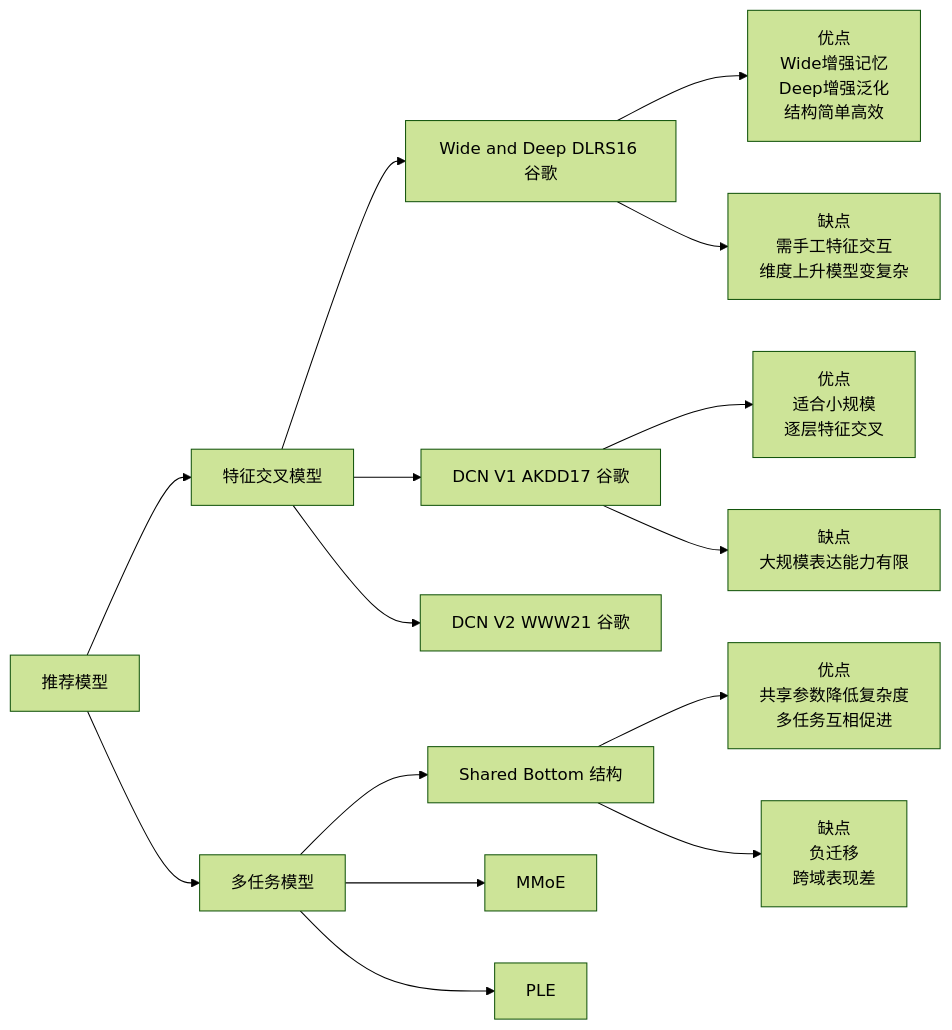
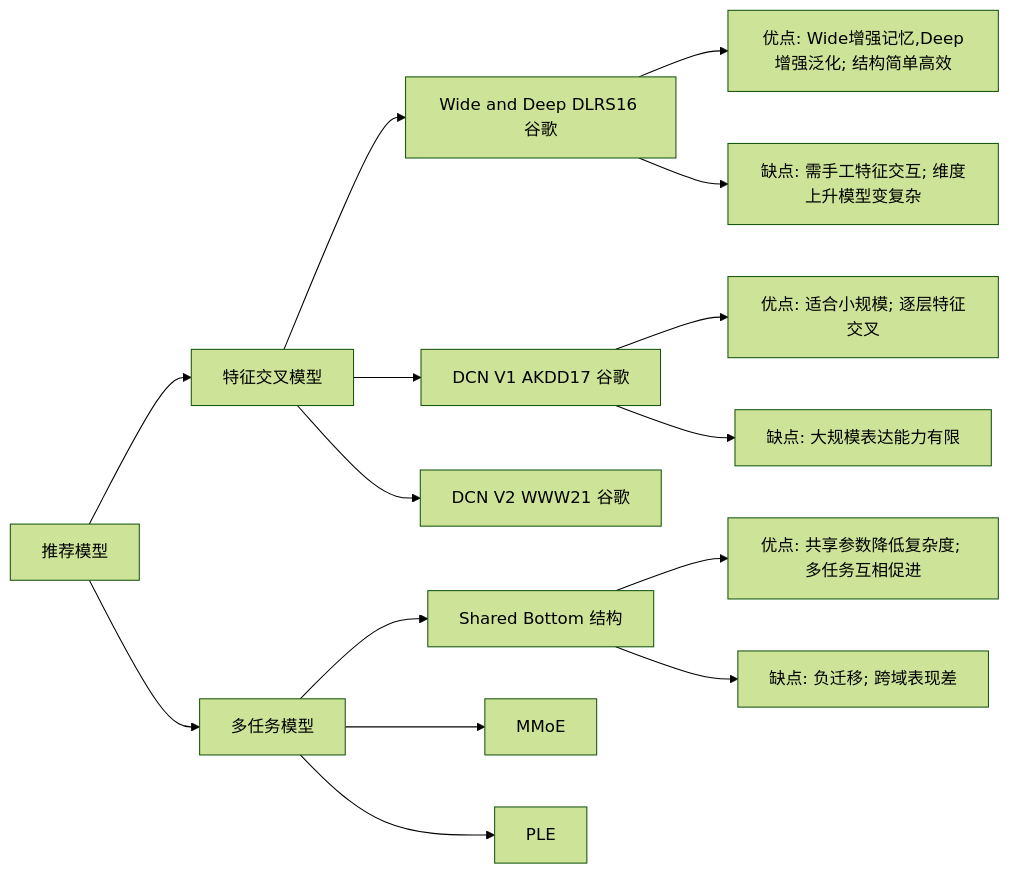
One commit to Iamctb/EasyDeepRecommand changed the diagram in README.md. Above: the diagram before and after it, drawn with Mermaid (forest theme).

````diff
--- a/README.md
+++ b/README.md
@@ -38,22 +38,22 @@
 ```mermaid
 graph LR
     A[推荐模型] --> B[特征交叉模型]
     A --> C[多任务模型]
 
     B --> B1[Wide and Deep DLRS16 谷歌]
-    B1 --> B1a[优点\nWide增强记忆\nDeep增强泛化\n结构简单高效]
-    B1 --> B1b[缺点\n需手工特征交互\n维度上升模型变复杂]
+    B1 --> B1a[优点: Wide增强记忆,Deep增强泛化; 结构简单高效]
+    B1 --> B1b[缺点: 需手工特征交互; 维度上升模型变复杂]
 
     B --> B2[DCN V1 AKDD17 谷歌]
-    B2 --> B2a[优点\n适合小规模\n逐层特征交叉]
-    B2 --> B2b[缺点\n大规模表达能力有限]
+    B2 --> B2a[优点: 适合小规模; 逐层特征交叉]
+    B2 --> B2b[缺点: 大规模表达能力有限]
 
     B --> B3[DCN V2 WWW21 谷歌]
 
     C --> C1[Shared Bottom 结构]
-    C1 --> C1a[优点\n共享参数降低复杂度\n多任务互相促进]
-    C1 --> C1b[缺点\n负迁移\n跨域表现差]
+    C1 --> C1a[优点: 共享参数降低复杂度; 多任务互相促进]
+    C1 --> C1b[缺点: 负迁移; 跨域表现差]
 
     C --> C2[MMoE]
     C --> C3[PLE]
 ```
````
